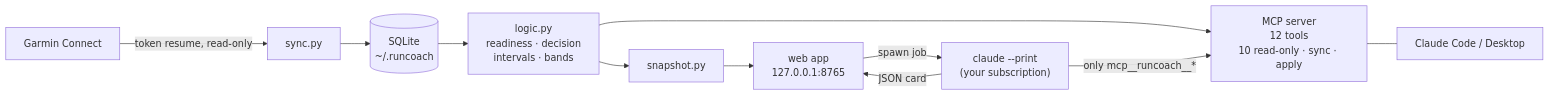
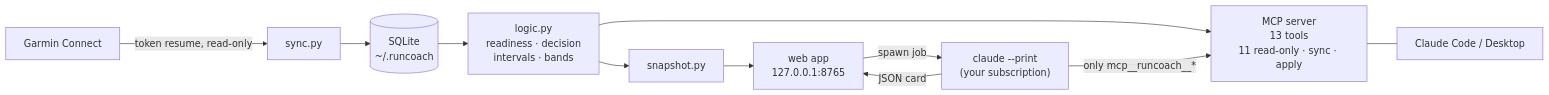
Before and after one commit to edxleon/runcoach-ai: the diagram in README.md, drawn with Mermaid. The commit also changed other lines of this file and 14 other files, not shown here.

````diff
--- a/README.md
+++ b/README.md
@@ -107,13 +107,13 @@
 ```mermaid
 flowchart LR
     G[Garmin Connect] -- "token resume, read-only" --> S[sync.py]
     S --> DB[(SQLite<br/>~/.runcoach)]
     DB --> L[logic.py<br/>readiness · decision<br/>intervals · bands]
     L --> SNAP[snapshot.py]
     SNAP --> WEB[web app<br/>127.0.0.1:8765]
-    L --> MCP[MCP server<br/>12 tools<br/>10 read-only · sync · apply]
+    L --> MCP[MCP server<br/>13 tools<br/>11 read-only · sync · apply]
     WEB -- "spawn job" --> A["claude --print<br/>(your subscription)"]
     A -- "only mcp__runcoach__*" --> MCP
     A -- "JSON card" --> WEB
     MCP --- CC[Claude Code / Desktop]
 ```
````
